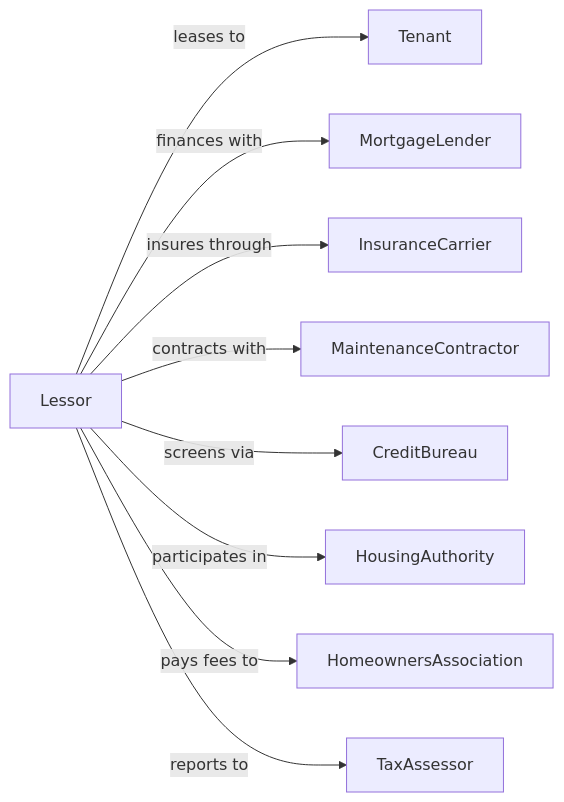
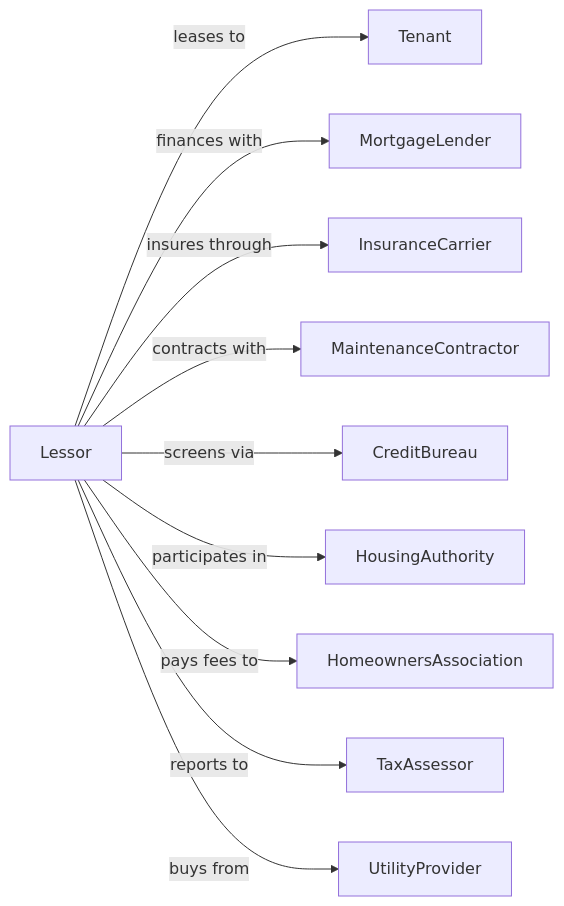
One commit to dot-org-ai/industries.org.ai changed the second of 2 diagrams in RealEstate/RealEstate/LessorsOfRealEstate/LessorsOfResidentialBuildingsAndDwellings.mdx. Above: the diagram before and after it, drawn with Mermaid. The commit also changed other lines of this file and 588 other files, not shown here.

````diff
--- a/RealEstate/RealEstate/LessorsOfRealEstate/LessorsOfResidentialBuildingsAndDwellings.mdx
+++ b/RealEstate/RealEstate/LessorsOfRealEstate/LessorsOfResidentialBuildingsAndDwellings.mdx
@@ -138,13 +138,14 @@
 ```mermaid
 graph LR
     L[Lessor]
 
     L -->|leases to| Tenant
     L -->|finances with| MortgageLender
     L -->|insures through| InsuranceCarrier
     L -->|contracts with| MaintenanceContractor
     L -->|screens via| CreditBureau
     L -->|participates in| HousingAuthority
     L -->|pays fees to| HomeownersAssociation
     L -->|reports to| TaxAssessor
+    L -->|buys from| UtilityProvider
 ```
````
